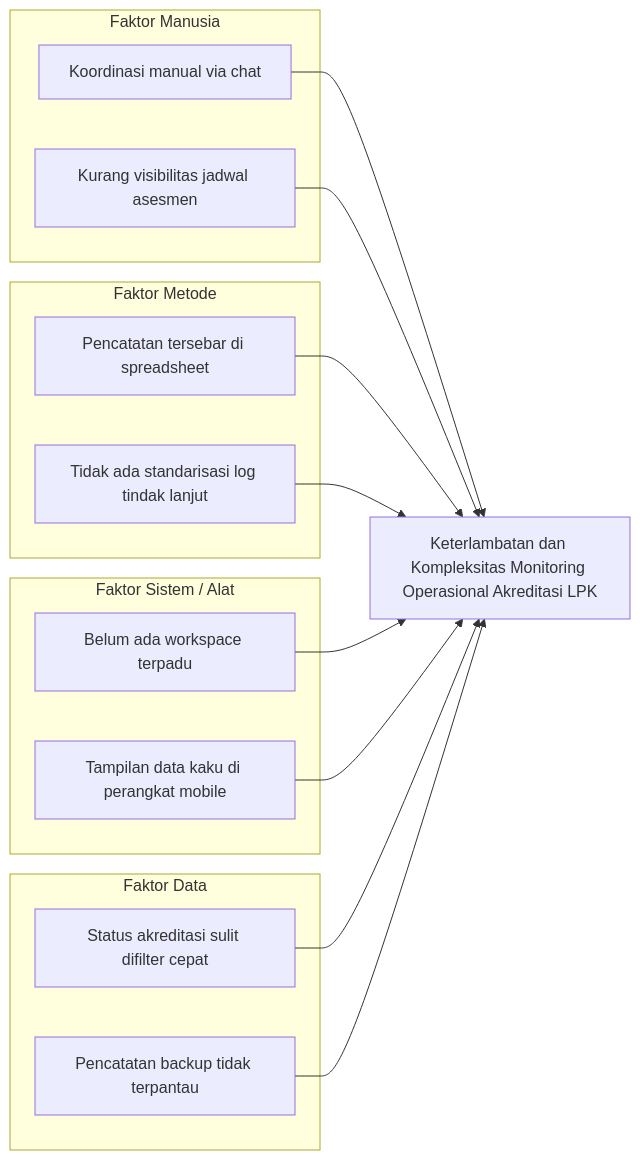
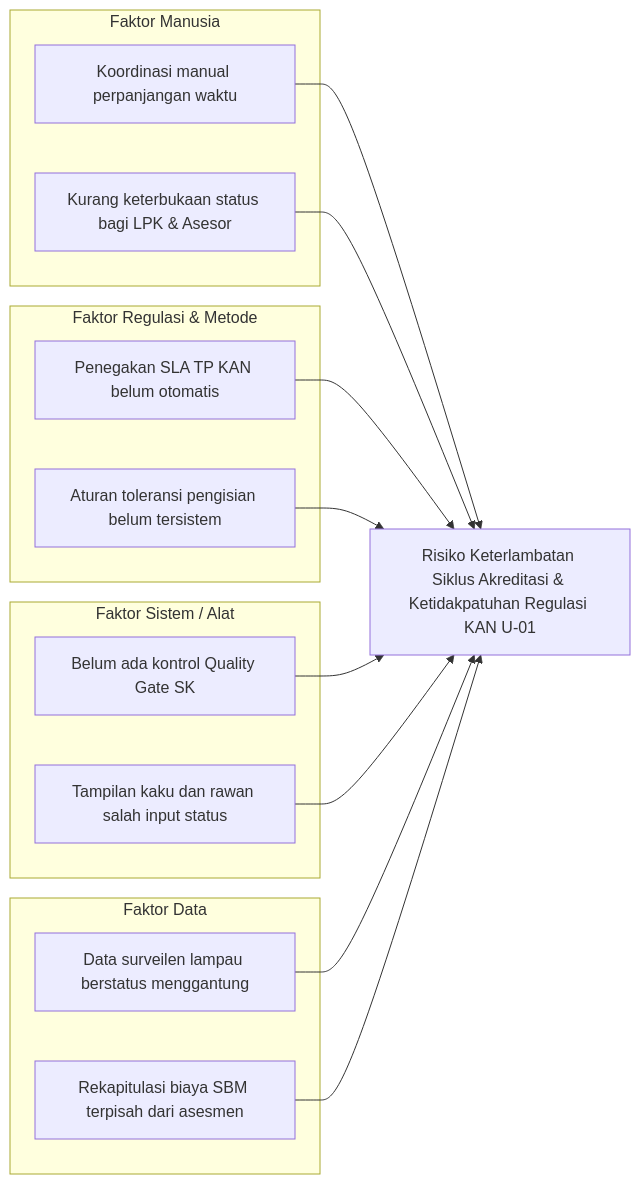
One commit to greedykid/prototype-magang changed the diagram in docs/03-tahap-analisis.md. Above: the diagram before and after it, drawn with Mermaid. The commit also changed other lines of this file and 95 other files, not shown here.

First line of the commit message:
feat: enforce KAN U-01 regulations, 3-stage surveillance tolerance lifecycle, and strict TP/VTP SLA engine

````diff
--- a/docs/03-tahap-analisis.md
+++ b/docs/03-tahap-analisis.md
@@ -23,24 +23,24 @@
 ```mermaid
 graph LR
     subgraph Manusia ["Faktor Manusia"]
-        M1["Koordinasi manual via chat"]
-        M2["Kurang visibilitas jadwal asesmen"]
+        M1["Koordinasi manual perpanjangan waktu"]
+        M2["Kurang keterbukaan status bagi LPK & Asesor"]
     end
-    subgraph Metode ["Faktor Metode"]
-        T1["Pencatatan tersebar di spreadsheet"]
-        T2["Tidak ada standarisasi log tindak lanjut"]
+    subgraph Metode ["Faktor Regulasi & Metode"]
+        T1["Penegakan SLA TP KAN belum otomatis"]
+        T2["Aturan toleransi pengisian belum tersistem"]
     end
     subgraph Sistem ["Faktor Sistem / Alat"]
-        S1["Belum ada workspace terpadu"]
-        S2["Tampilan data kaku di perangkat mobile"]
+        S1["Belum ada kontrol Quality Gate SK"]
+        S2["Tampilan kaku dan rawan salah input status"]
     end
     subgraph Data ["Faktor Data"]
-        D1["Status akreditasi sulit difilter cepat"]
-        D2["Pencatatan backup tidak terpantau"]
+        D1["Data surveilen lampau berstatus menggantung"]
+        D2["Rekapitulasi biaya SBM terpisah dari asesmen"]
     end
 
-    M1 & M2 --> MasalahUtama["Keterlambatan dan Kompleksitas Monitoring Operasional Akreditasi LPK"]
+    M1 & M2 --> MasalahUtama["Risiko Keterlambatan Siklus Akreditasi & Ketidakpatuhan Regulasi KAN U-01"]
     T1 & T2 --> MasalahUtama
     S1 & S2 --> MasalahUtama
     D1 & D2 --> MasalahUtama
 ```
````
